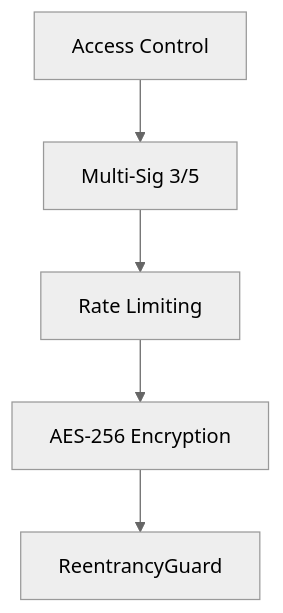
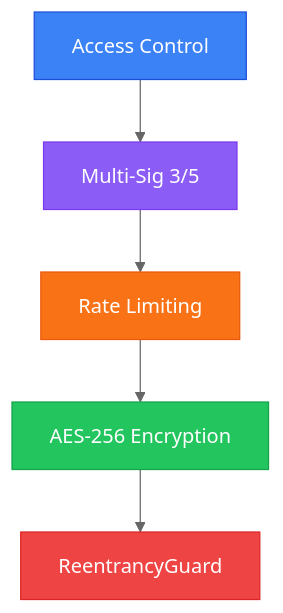
The seventh of 10 diagrams in Archiecture.md (yashodipmore/VeriChain-Identity-Protocol), drawn with Mermaid (neutral theme) before and after one commit. The commit also changed other lines of this file, not shown here.

````diff
--- a/Archiecture.md
+++ b/Archiecture.md
@@ -127,7 +149,13 @@
 ```mermaid
 flowchart TB
-    A[Access Control] --> B[Multi-Sig 3/5]
-    B --> C[Rate Limiting]
-    C --> D[AES-256 Encryption]
-    D --> E[ReentrancyGuard]
+    A[Access Control]:::blue --> B[Multi-Sig 3/5]:::purple
+    B --> C[Rate Limiting]:::orange
+    C --> D[AES-256 Encryption]:::green
+    D --> E[ReentrancyGuard]:::red
+
+    classDef blue fill:#3b82f6,stroke:#1d4ed8,color:#fff
+    classDef purple fill:#8b5cf6,stroke:#7c3aed,color:#fff
+    classDef orange fill:#f97316,stroke:#ea580c,color:#fff
+    classDef green fill:#22c55e,stroke:#16a34a,color:#fff
+    classDef red fill:#ef4444,stroke:#dc2626,color:#fff
 ```
````
